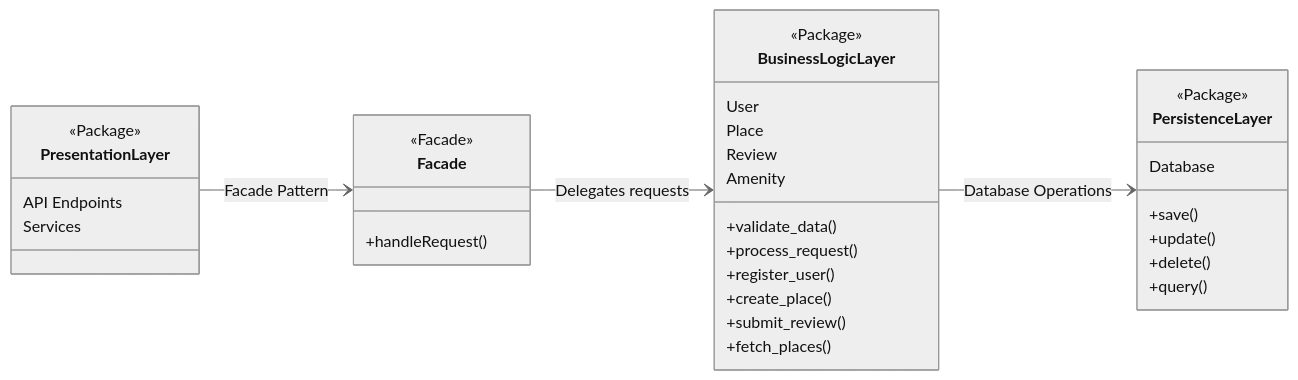
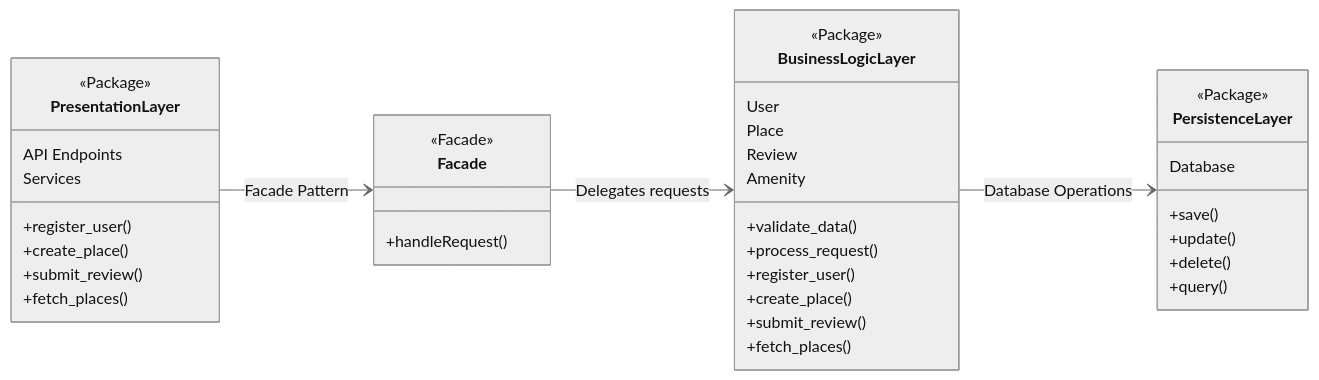
One commit to anonyd0go/holbertonschool-hbnb changed the diagram in docs_and_architecture/README.md. Above: the diagram before and after it, drawn with Mermaid (neutral theme).

Commit message:
Update README.md for docs and architecture

````diff
--- a/docs_and_architecture/README.md
+++ b/docs_and_architecture/README.md
@@ -15,47 +15,51 @@
 ```mermaid
 classDiagram
     direction LR
 
     %% Presentation Layer Package
     class PresentationLayer {
         <<Package>>
         API Endpoints
         Services
+        +register_user()
+        +create_place()
+        +submit_review()
+        +fetch_places()
     }
 
     %% Facade Component within the Business Logic context
     class Facade {
         <<Facade>>
         +handleRequest()
     }
 
     %% Business Logic Layer Package
     class BusinessLogicLayer {
         <<Package>>
         User
         Place
         Review
         Amenity
         +validate_data()
         +process_request()
         +register_user()
         +create_place()
         +submit_review()
         +fetch_places()
     }
 
     %% Persistence Layer Package
     class PersistenceLayer {
         <<Package>>
         Database
         +save()
         +update()
         +delete()
         +query()
     }
 
     %% Relationships indicating communication pathways
     PresentationLayer --> Facade : Facade Pattern
     Facade --> BusinessLogicLayer : Delegates requests
     BusinessLogicLayer --> PersistenceLayer : Database Operations
 ```
````
